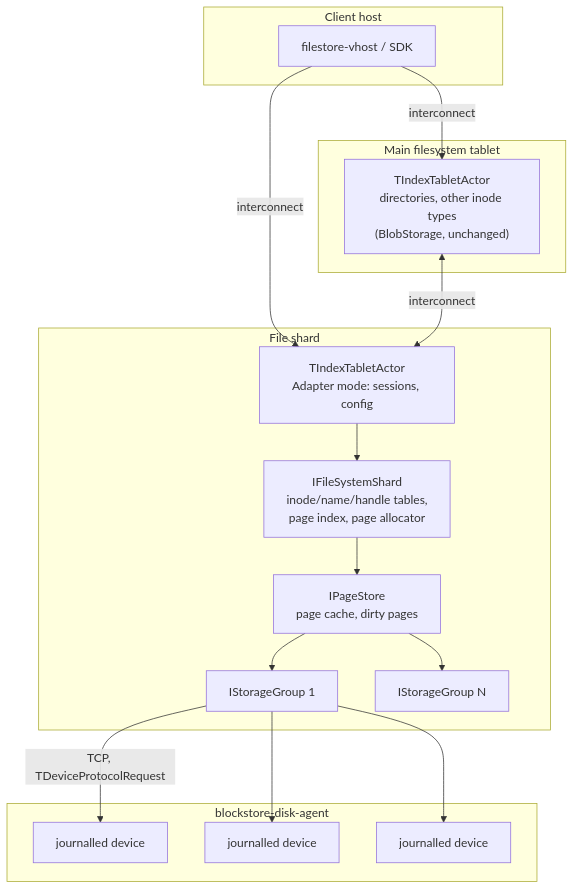
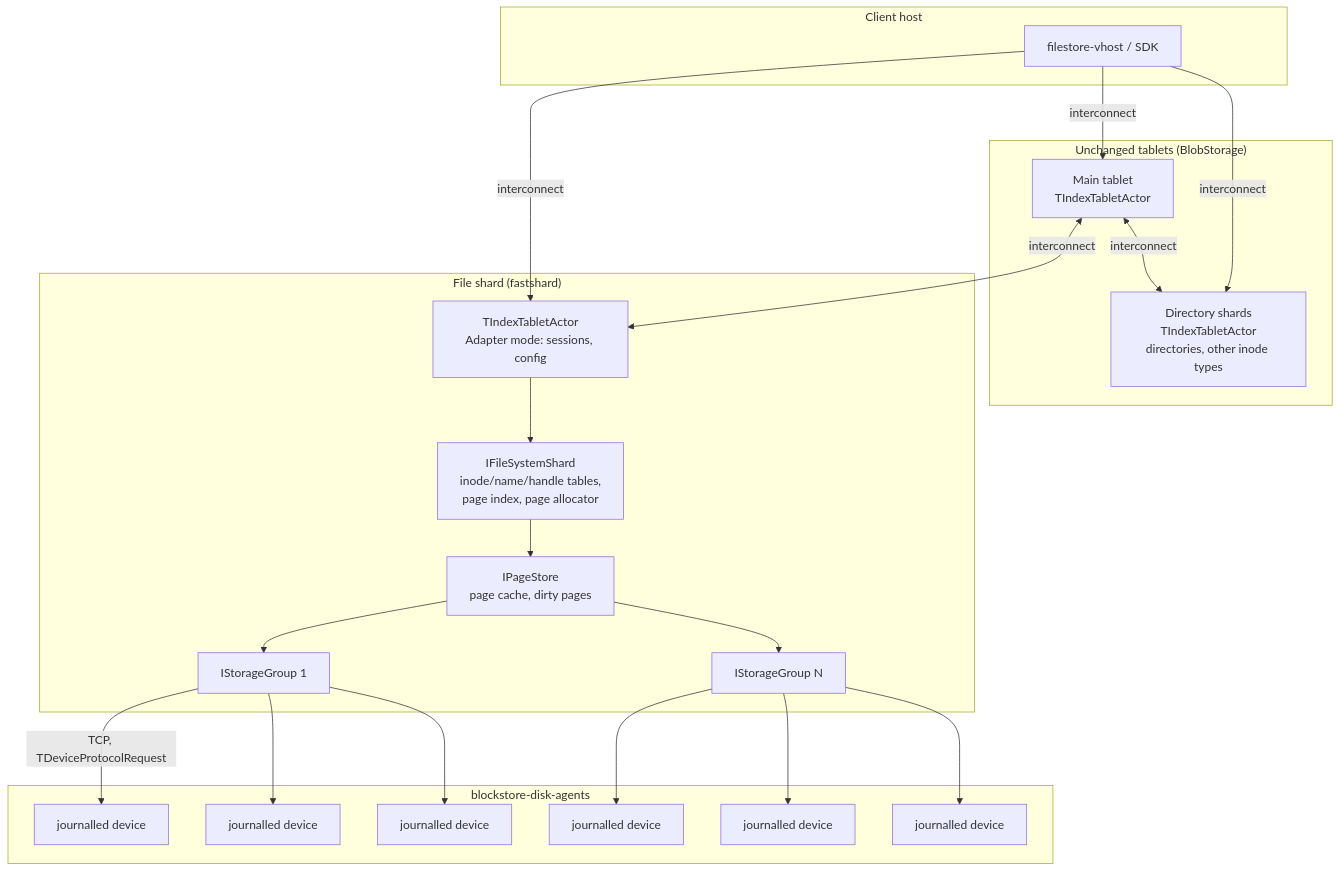
The diagram in doc/filestore/design/storage/fastshard/README.md (ydb-platform/nbs), drawn with Mermaid before and after one commit. The commit also changed 5 other files, not shown here.

````diff
--- a/doc/filestore/design/storage/fastshard/README.md
+++ b/doc/filestore/design/storage/fastshard/README.md
@@ -68,34 +68,43 @@
 ```mermaid
 flowchart TD
     subgraph client["Client host"]
         VHOST["filestore-vhost / SDK"]
     end
 
-    subgraph main["Main filesystem tablet"]
-        MAINTAB["TIndexTabletActor<br/>directories, other inode types<br/>(BlobStorage, unchanged)"]
+    subgraph unchanged["Unchanged tablets (BlobStorage)"]
+        MAINTAB["Main tablet<br/>TIndexTabletActor"]
+        DIRSHARD["Directory shards<br/>TIndexTabletActor<br/>directories, other inode types"]
     end
 
-    subgraph fileshard["File shard"]
+    subgraph fileshard["File shard (fastshard)"]
         TAB["TIndexTabletActor<br/>Adapter mode: sessions, config"]
         SHARD["IFileSystemShard<br/>inode/name/handle tables,<br/>page index, page allocator"]
         PS["IPageStore<br/>page cache, dirty pages"]
         SG1["IStorageGroup 1"]
         SG2["IStorageGroup N"]
         TAB --> SHARD --> PS
         PS --> SG1
         PS --> SG2
     end
 
-    subgraph agent["blockstore-disk-agent"]
+    subgraph agents["blockstore-disk-agents"]
         SN1["journalled device"]
         SN2["journalled device"]
         SN3["journalled device"]
+        SN4["journalled device"]
+        SN5["journalled device"]
+        SN6["journalled device"]
     end
 
     VHOST -->|"interconnect"| MAINTAB
+    VHOST -->|"interconnect"| DIRSHARD
     VHOST -->|"interconnect"| TAB
+    MAINTAB <-->|"interconnect"| DIRSHARD
     MAINTAB <-->|"interconnect"| TAB
     SG1 -->|"TCP, TDeviceProtocolRequest"| SN1
     SG1 --> SN2
     SG1 --> SN3
+    SG2 --> SN4
+    SG2 --> SN5
+    SG2 --> SN6
 ```
````
